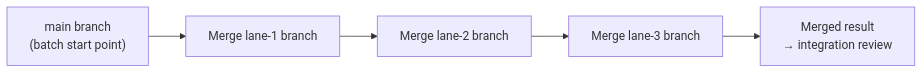
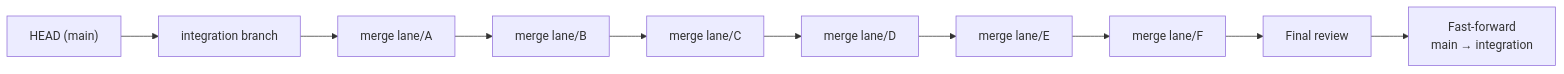
The third of 4 diagrams in docs/superpowers/specs/2026-03-23-dispatch-parallel-bead-agents-design.md (collectiveai-team/opencode-super-beads), drawn with Mermaid before and after one commit. The commit also changed other lines of this file, not shown here.

Commit message:
Major redesign: DAG branching, streaming pool execution, enhanced converter with fine-grained deps, main branch protection

````diff
--- a/docs/superpowers/specs/2026-03-23-dispatch-parallel-bead-agents-design.md
+++ b/docs/superpowers/specs/2026-03-23-dispatch-parallel-bead-agents-design.md
@@ -82,7 +107,12 @@
 ```mermaid
 flowchart LR
-    MAIN["main branch\n(batch start point)"] --> M1["Merge lane-1 branch"]
-    M1 --> M2["Merge lane-2 branch"]
-    M2 --> M3["Merge lane-3 branch"]
-    M3 --> MERGED["Merged result\n→ integration review"]
+    HEAD["HEAD (main)"] --> INT["integration branch"]
+    INT --> M_A["merge lane/A"]
+    M_A --> M_B["merge lane/B"]
+    M_B --> M_C["merge lane/C"]
+    M_C --> M_D["merge lane/D"]
+    M_D --> M_E["merge lane/E"]
+    M_E --> M_F["merge lane/F"]
+    M_F --> REVIEW["Final review"]
+    REVIEW --> MAIN["Fast-forward\nmain → integration"]
 ```
````
